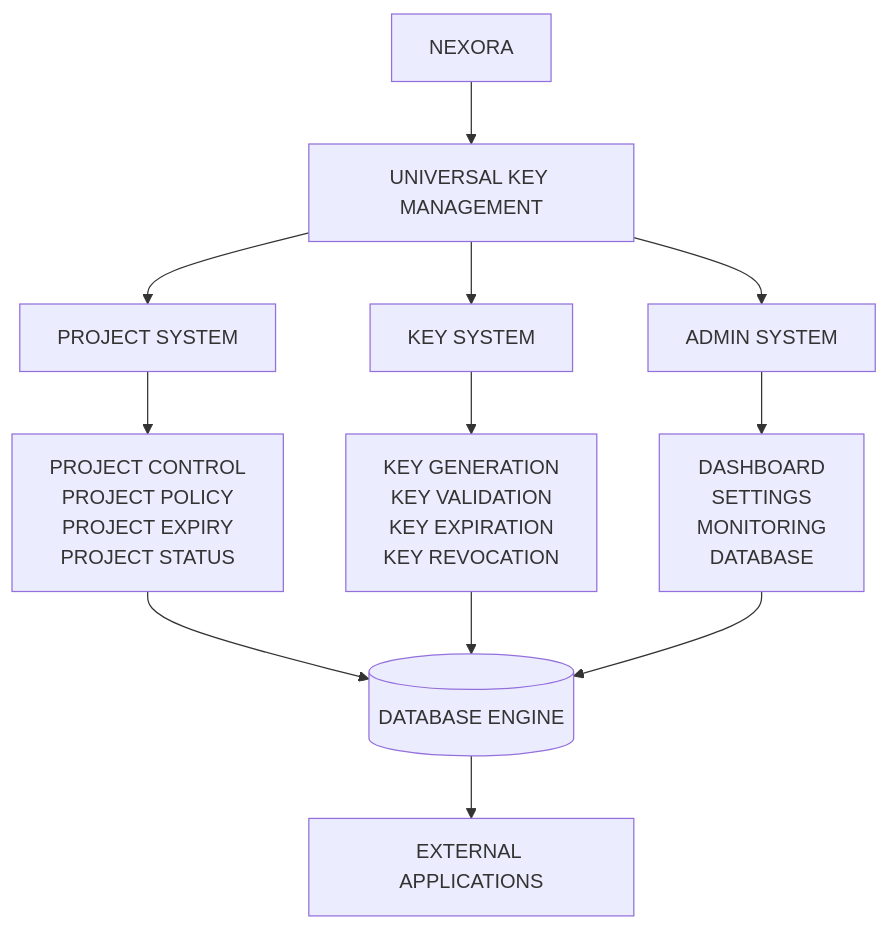
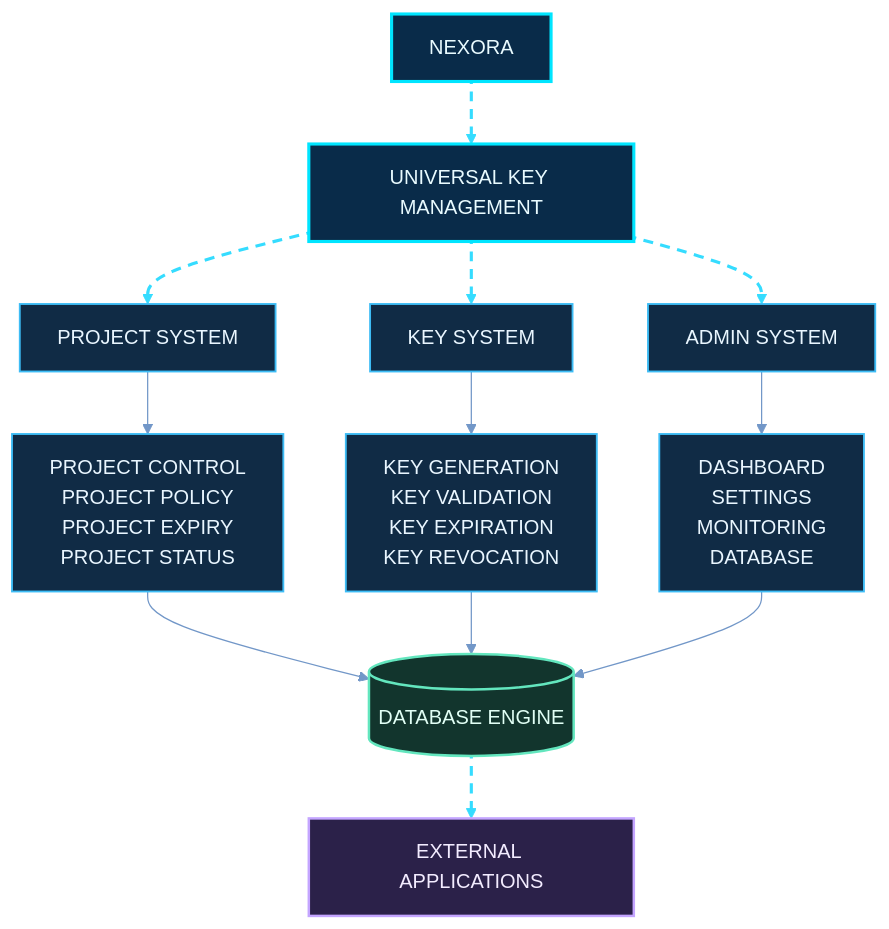
Before and after one commit to shajeduzzamanenan992008inc/NexOra-Database-key-Gen: the first of 23 diagrams in README.md, drawn with Mermaid. The commit also changed other lines of this file, not shown here.

````diff
--- a/README.md
+++ b/README.md
@@ -154,14 +154,34 @@
 ```mermaid
+%%{init: {"theme":"base","themeVariables":{"darkMode":true,"background":"#07111f","primaryColor":"#102744","primaryTextColor":"#e8f7ff","primaryBorderColor":"#00d9ff","lineColor":"#7297c8","secondaryColor":"#261d45","secondaryTextColor":"#f3eaff","secondaryBorderColor":"#a78bfa","tertiaryColor":"#12332b","tertiaryTextColor":"#e0fff1","tertiaryBorderColor":"#41e6a2","fontFamily":"Inter, Segoe UI, sans-serif","edgeLabelBackground":"#101d34","mainBkg":"#102744","nodeBorder":"#00d9ff","clusterBkg":"#0b1930","clusterBorder":"#6f7dff","actorBkg":"#102744","actorBorder":"#00d9ff","actorTextColor":"#e8f7ff","signalColor":"#64d8ff","signalTextColor":"#e8f7ff","noteBkgColor":"#0e332b","noteBorderColor":"#41e6a2","noteTextColor":"#e0fff1"}}}%%
 flowchart TB
-    N["NEXORA"] --> U["UNIVERSAL KEY MANAGEMENT"]
-    U --> P["PROJECT SYSTEM"]
-    U --> K["KEY SYSTEM"]
-    U --> A["ADMIN SYSTEM"]
+    N["NEXORA"] nx01e01@--> U["UNIVERSAL KEY MANAGEMENT"]
+    U nx01e02@--> P["PROJECT SYSTEM"]
+    U nx01e03@--> K["KEY SYSTEM"]
+    U nx01e04@--> A["ADMIN SYSTEM"]
     P --> P1["PROJECT CONTROL<br/>PROJECT POLICY<br/>PROJECT EXPIRY<br/>PROJECT STATUS"]
     K --> K1["KEY GENERATION<br/>KEY VALIDATION<br/>KEY EXPIRATION<br/>KEY REVOCATION"]
     A --> A1["DASHBOARD<br/>SETTINGS<br/>MONITORING<br/>DATABASE"]
     P1 --> D[("DATABASE ENGINE")]
     K1 --> D
     A1 --> D
-    D --> E["EXTERNAL APPLICATIONS"]
+    D nx01e05@--> E["EXTERNAL APPLICATIONS"]
+
+    %% OMEGA NEX-ORA visual classes
+    %% OMEGA NEX-ORA / ULTRA NEON PALETTE
+    classDef nxCore fill:#092b49,stroke:#00e5ff,stroke-width:2.5px,color:#e9fbff;
+    classDef nxProcess fill:#102b45,stroke:#3dbcf5,stroke-width:1.5px,color:#e9f6ff;
+    classDef nxDecision fill:#2b2050,stroke:#b38cff,stroke-width:2px,color:#f3edff;
+    classDef nxSuccess fill:#0d3b2c,stroke:#3fffa0,stroke-width:2px,color:#e0fff0;
+    classDef nxDanger fill:#451d30,stroke:#ff6688,stroke-width:2px,color:#fff0f3;
+    classDef nxData fill:#12352d,stroke:#63e6be,stroke-width:2px,color:#e1fff5;
+    classDef nxExternal fill:#2b2149,stroke:#c4a5ff,stroke-width:2px,color:#f3ecff;
+    classDef nxInfo fill:#17253e,stroke:#91a7c9,stroke-width:1.5px,color:#e5efff;
+    classDef nxWarning fill:#453116,stroke:#fbbf24,stroke-width:2px,color:#fff6d6;
+    %% Moving dashed route: Mermaid applies this class to explicitly identified edges.
+    classDef nxAnimated stroke:#35dcff,stroke-width:2.5px,stroke-dasharray:8\,6,stroke-dashoffset:1000,animation:dash 24s linear infinite;
+    class N,U nxCore;
+    class P,K,A,P1,K1,A1 nxProcess;
+    class D nxData;
+    class E nxExternal;
+    class nx01e01,nx01e02,nx01e03,nx01e04,nx01e05 nxAnimated;
 ```
````
